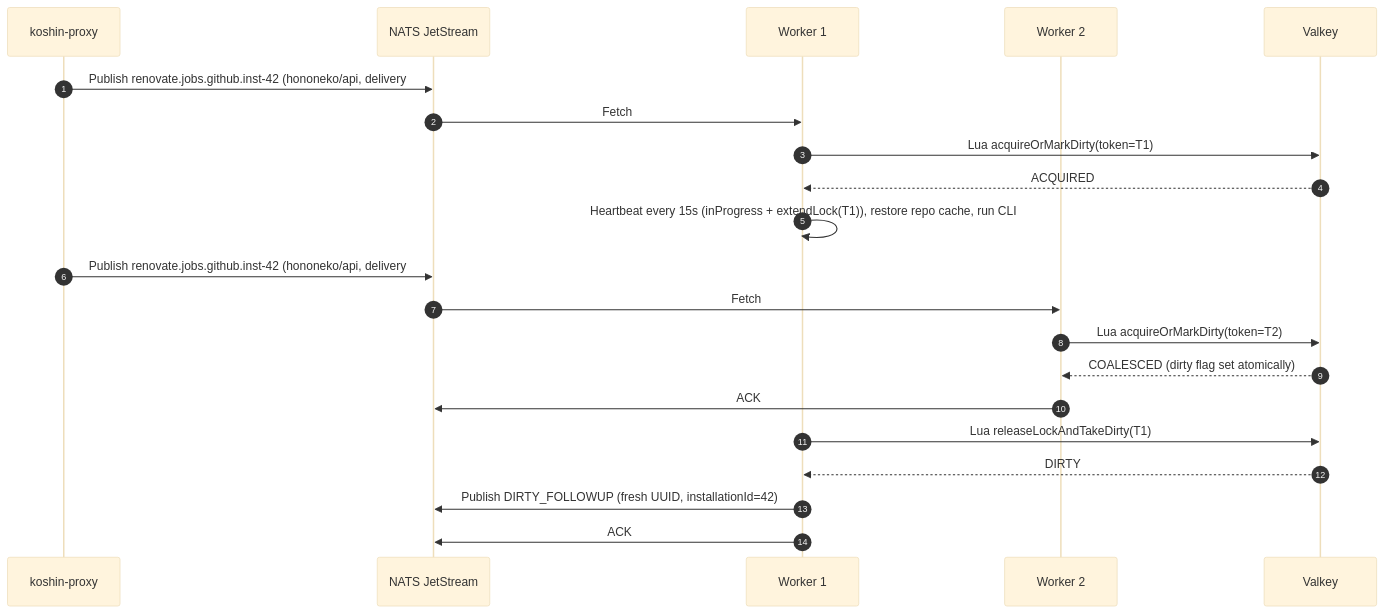
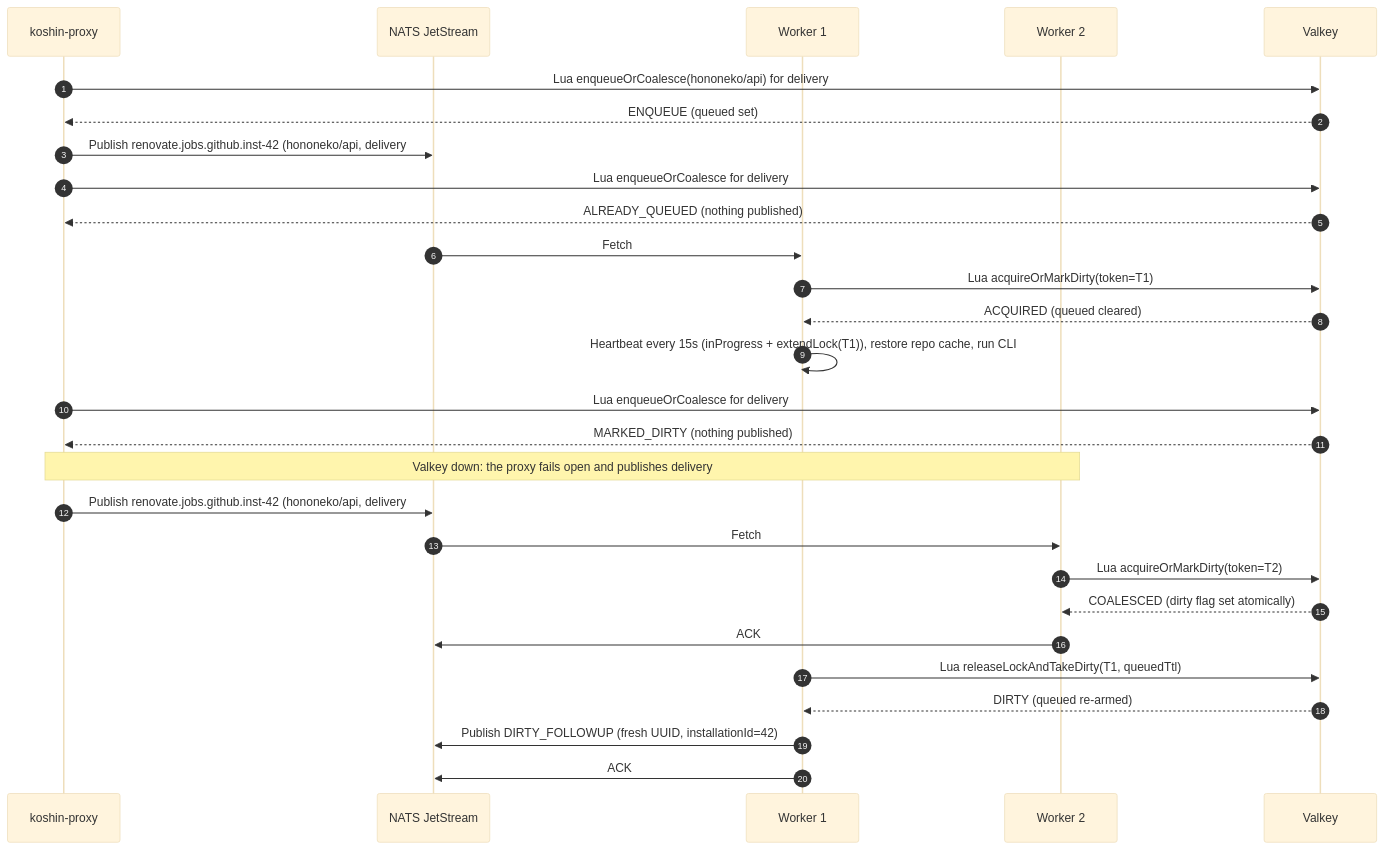
One commit to hononeko/koshin changed the second of 2 diagrams in architecture.md. Above: the diagram before and after it, drawn with Mermaid (base theme). The commit also changed other lines of this file and 44 other files, not shown here.

First line of the commit message:
feat(proxy): coalesce jobs before queueing and run NATS housekeeping in the proxy (KSH-30) (#44)

````diff
--- a/architecture.md
+++ b/architecture.md
@@ -182,26 +191,34 @@
 ```mermaid
 sequenceDiagram
     autonumber
     participant Proxy as koshin-proxy
     participant NATS as NATS JetStream
     participant W1 as Worker 1
     participant W2 as Worker 2
     participant VK as Valkey
 
+    Proxy->>VK: Lua enqueueOrCoalesce(hononeko/api) for delivery #1
+    VK-->>Proxy: ENQUEUE (queued set)
     Proxy->>NATS: Publish renovate.jobs.github.inst-42 (hononeko/api, delivery #1)
+    Proxy->>VK: Lua enqueueOrCoalesce for delivery #2
+    VK-->>Proxy: ALREADY_QUEUED (nothing published)
     NATS->>W1: Fetch #1
     W1->>VK: Lua acquireOrMarkDirty(token=T1)
-    VK-->>W1: ACQUIRED
+    VK-->>W1: ACQUIRED (queued cleared)
     W1->>W1: Heartbeat every 15s (inProgress + extendLock(T1)), restore repo cache, run CLI
 
-    Proxy->>NATS: Publish renovate.jobs.github.inst-42 (hononeko/api, delivery #2)
-    NATS->>W2: Fetch #2
+    Proxy->>VK: Lua enqueueOrCoalesce for delivery #3
+    VK-->>Proxy: MARKED_DIRTY (nothing published)
+
+    Note over Proxy,W2: Valkey down: the proxy fails open and publishes delivery #4
+    Proxy->>NATS: Publish renovate.jobs.github.inst-42 (hononeko/api, delivery #4)
+    NATS->>W2: Fetch #4
     W2->>VK: Lua acquireOrMarkDirty(token=T2)
     VK-->>W2: COALESCED (dirty flag set atomically)
-    W2->>NATS: ACK #2
+    W2->>NATS: ACK #4
 
-    W1->>VK: Lua releaseLockAndTakeDirty(T1)
-    VK-->>W1: DIRTY
+    W1->>VK: Lua releaseLockAndTakeDirty(T1, queuedTtl)
+    VK-->>W1: DIRTY (queued re-armed)
     W1->>NATS: Publish DIRTY_FOLLOWUP (fresh UUID, installationId=42)
     W1->>NATS: ACK #1
 ```
````
